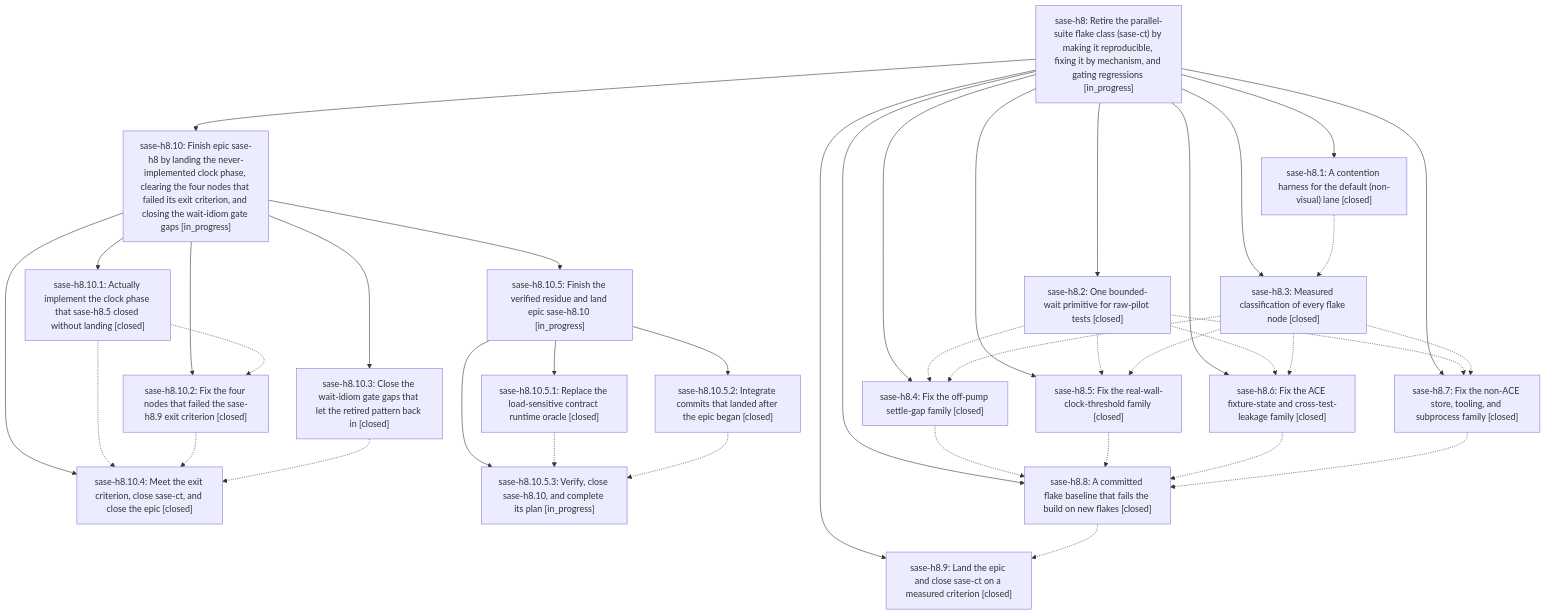
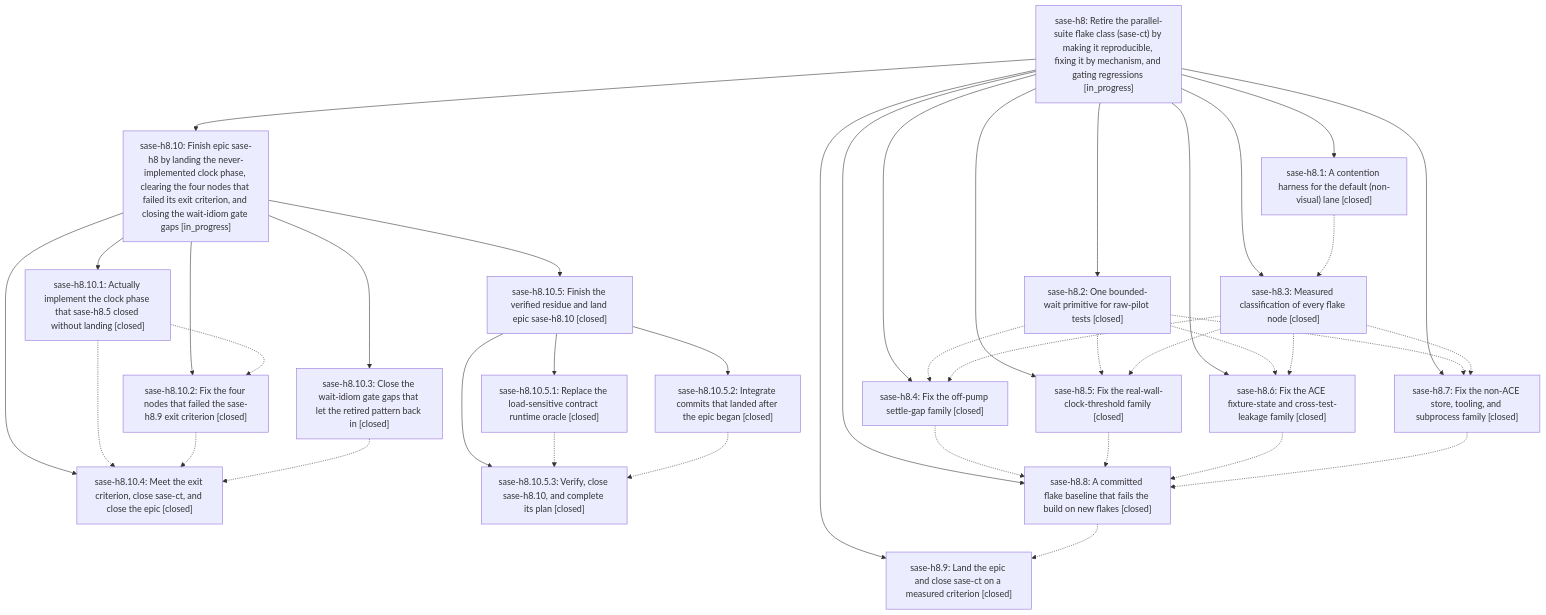
One commit to sase-org/sase--beads changed the diagram in pages/sase-h8/README.md. Above: the diagram before and after it, drawn with Mermaid. The commit also changed other lines of this file and 4 other files, not shown here.

````diff
--- a/pages/sase-h8/README.md
+++ b/pages/sase-h8/README.md
@@ -70,60 +70,60 @@
 ```mermaid
 flowchart TD
     n0["sase-h8: Retire the parallel-suite flake class (sase-ct) by making it reproducible, fixing it by mechanism, and gating regressions [in_progress]"]
     n1["sase-h8.1: A contention harness for the default (non-visual) lane [closed]"]
     n2["sase-h8.10: Finish epic sase-h8 by landing the never-implemented clock phase, clearing the four nodes that failed its exit criterion, and closing the wait-idiom gate gaps [in_progress]"]
     n3["sase-h8.10.1: Actually implement the clock phase that sase-h8.5 closed without landing [closed]"]
     n4["sase-h8.10.2: Fix the four nodes that failed the sase-h8.9 exit criterion [closed]"]
     n5["sase-h8.10.3: Close the wait-idiom gate gaps that let the retired pattern back in [closed]"]
     n6["sase-h8.10.4: Meet the exit criterion, close sase-ct, and close the epic [closed]"]
-    n7["sase-h8.10.5: Finish the verified residue and land epic sase-h8.10 [in_progress]"]
+    n7["sase-h8.10.5: Finish the verified residue and land epic sase-h8.10 [closed]"]
     n8["sase-h8.10.5.1: Replace the load-sensitive contract runtime oracle [closed]"]
     n9["sase-h8.10.5.2: Integrate commits that landed after the epic began [closed]"]
-    n10["sase-h8.10.5.3: Verify, close sase-h8.10, and complete its plan [in_progress]"]
+    n10["sase-h8.10.5.3: Verify, close sase-h8.10, and complete its plan [closed]"]
     n11["sase-h8.2: One bounded-wait primitive for raw-pilot tests [closed]"]
     n12["sase-h8.3: Measured classification of every flake node [closed]"]
     n13["sase-h8.4: Fix the off-pump settle-gap family [closed]"]
     n14["sase-h8.5: Fix the real-wall-clock-threshold family [closed]"]
     n15["sase-h8.6: Fix the ACE fixture-state and cross-test-leakage family [closed]"]
     n16["sase-h8.7: Fix the non-ACE store, tooling, and subprocess family [closed]"]
     n17["sase-h8.8: A committed flake baseline that fails the build on new flakes [closed]"]
     n18["sase-h8.9: Land the epic and close sase-ct on a measured criterion [closed]"]
     n0 --> n1
     n0 --> n2
     n2 --> n3
     n2 --> n4
     n2 --> n5
     n2 --> n6
     n2 --> n7
     n7 --> n8
     n7 --> n9
     n7 --> n10
     n0 --> n11
     n0 --> n12
     n0 --> n13
     n0 --> n14
     n0 --> n15
     n0 --> n16
     n0 --> n17
     n0 --> n18
     n1 -.-> n12
     n3 -.-> n4
     n3 -.-> n6
     n4 -.-> n6
     n5 -.-> n6
     n8 -.-> n10
     n9 -.-> n10
     n11 -.-> n13
     n11 -.-> n14
     n11 -.-> n15
     n11 -.-> n16
     n12 -.-> n13
     n12 -.-> n14
     n12 -.-> n15
     n12 -.-> n16
     n13 -.-> n17
     n14 -.-> n17
     n15 -.-> n17
     n16 -.-> n17
     n17 -.-> n18
 ```
````
